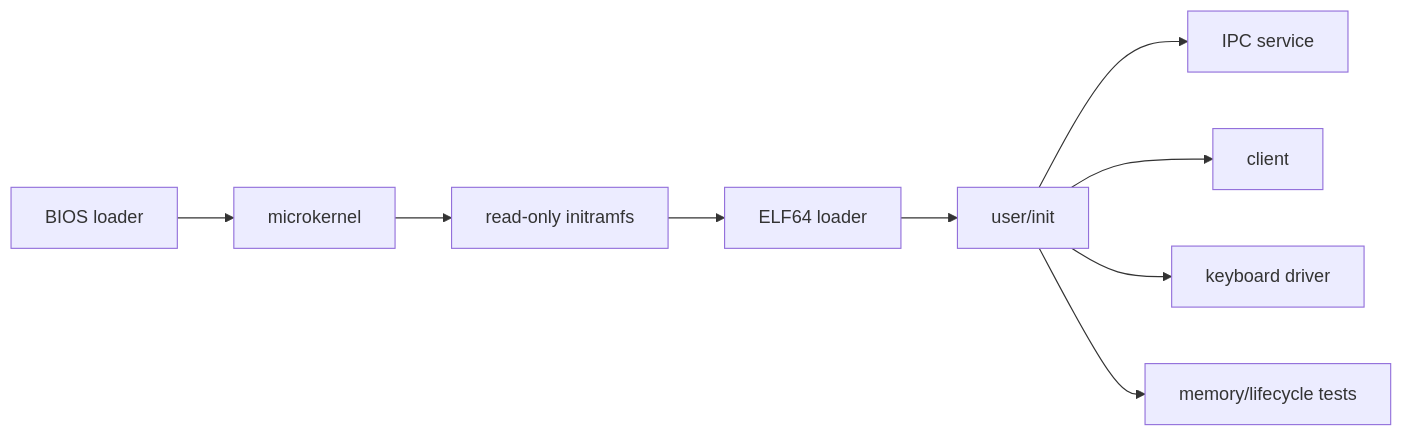
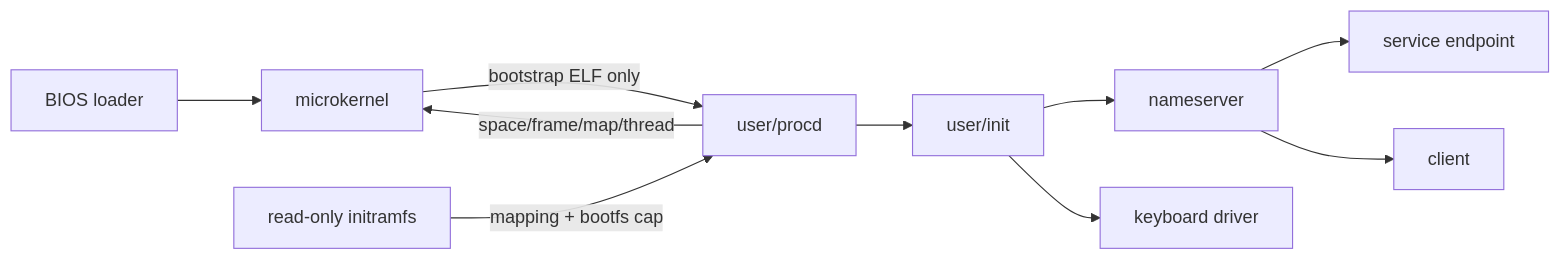
The diagram in README.md (VladimirKraswov/varania-os), drawn with Mermaid before and after one commit. The commit also changed other lines of this file and 27 other files, not shown here.

Commit message:
Move process loading and service discovery to user space

````diff
--- a/README.md
+++ b/README.md
@@ -86,11 +90,12 @@
 ```mermaid
 flowchart LR
     B["BIOS loader"] --> K["microkernel"]
-    K --> R["read-only initramfs"]
-    R --> E["ELF64 loader"]
-    E --> I["user/init"]
-    I --> S["IPC service"]
-    I --> C["client"]
+    K -->|"bootstrap ELF only"| P["user/procd"]
+    R["read-only initramfs"] -->|"mapping + bootfs cap"| P
+    P -->|"space/frame/map/thread"| K
+    P --> I["user/init"]
+    I --> N["nameserver"]
+    N --> S["service endpoint"]
+    N --> C["client"]
     I --> D["keyboard driver"]
-    I --> T["memory/lifecycle tests"]
 ```
````
